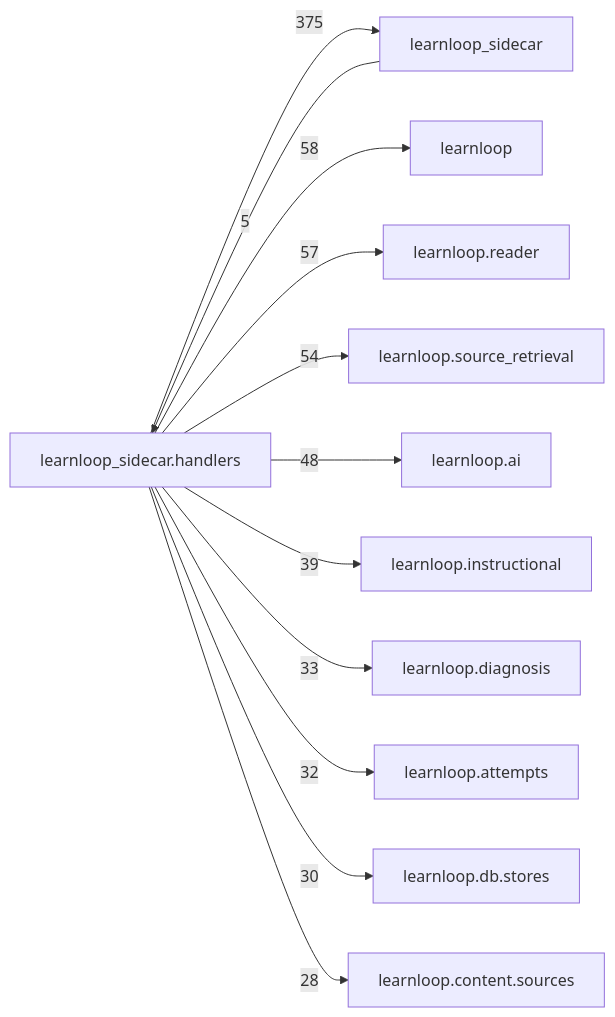
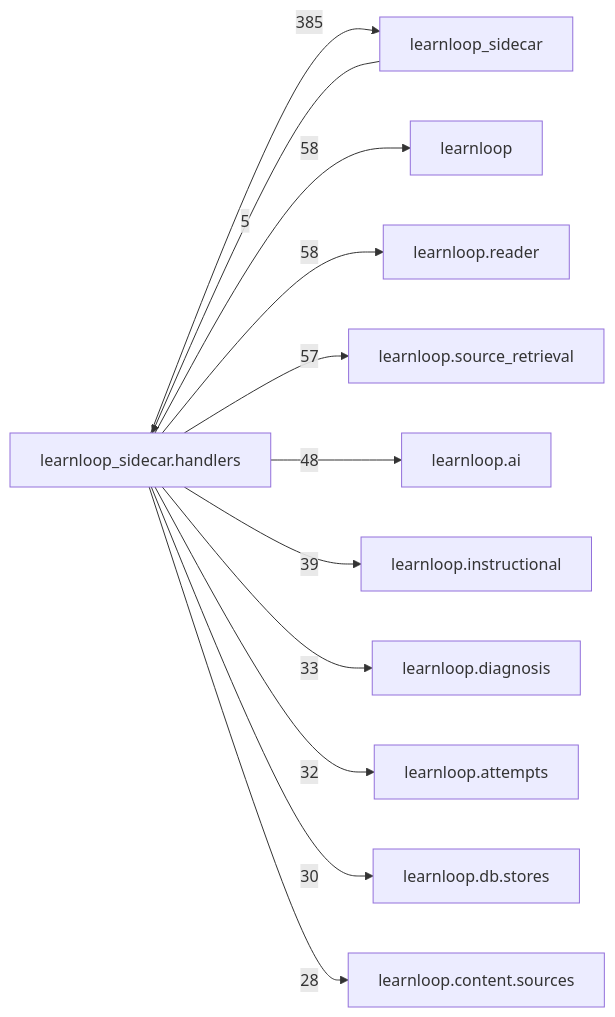
One commit to 6up-b/learnanything changed the diagram in docs/learnloop-architecture-vault/Reference/Modules/learnloop_sidecar/handlers/_package.md. Above: the diagram before and after it, drawn with Mermaid. The commit also changed other lines of this file and 19 other files, not shown here.

````diff
--- a/docs/learnloop-architecture-vault/Reference/Modules/learnloop_sidecar/handlers/_package.md
+++ b/docs/learnloop-architecture-vault/Reference/Modules/learnloop_sidecar/handlers/_package.md
@@ -287,25 +287,25 @@
 ```mermaid
 flowchart LR
     center["learnloop_sidecar.handlers"]
     n_learnloop_sidecar["learnloop_sidecar"]
     n_learnloop["learnloop"]
     n_learnloop_reader["learnloop.reader"]
     n_learnloop_source_retrieval["learnloop.source_retrieval"]
     n_learnloop_ai["learnloop.ai"]
     n_learnloop_instructional["learnloop.instructional"]
     n_learnloop_diagnosis["learnloop.diagnosis"]
     n_learnloop_attempts["learnloop.attempts"]
     n_learnloop_db_stores["learnloop.db.stores"]
     n_learnloop_content_sources["learnloop.content.sources"]
     n_learnloop_sidecar -->|5| center
-    center -->|375| n_learnloop_sidecar
+    center -->|385| n_learnloop_sidecar
     center -->|58| n_learnloop
-    center -->|57| n_learnloop_reader
-    center -->|54| n_learnloop_source_retrieval
+    center -->|58| n_learnloop_reader
+    center -->|57| n_learnloop_source_retrieval
     center -->|48| n_learnloop_ai
     center -->|39| n_learnloop_instructional
     center -->|33| n_learnloop_diagnosis
     center -->|32| n_learnloop_attempts
     center -->|30| n_learnloop_db_stores
     center -->|28| n_learnloop_content_sources
 ```
````
